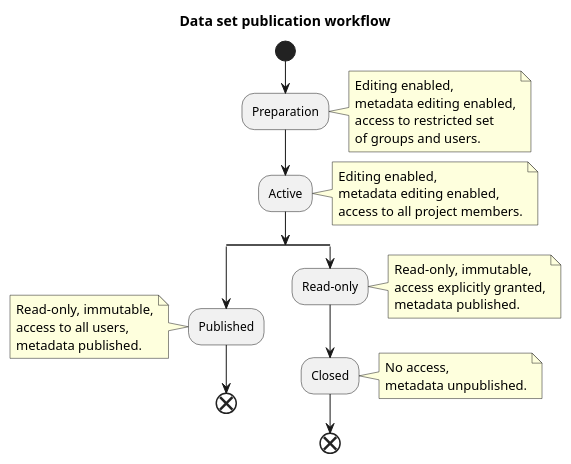
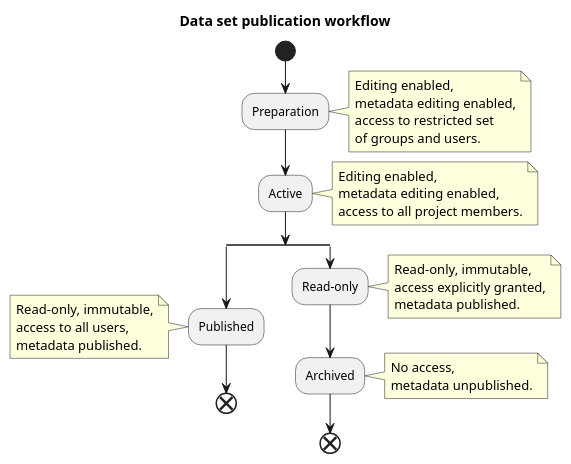
The diagram in docs/images/diagrams/Publication workflow.puml (thehyve/fairspace), drawn with PlantUML before and after one commit. The commit also changed 8 other files, not shown here.

Commit message:
Change collection status name from "Closed" to "Archived".

```diff
--- a/docs/images/diagrams/Publication workflow.puml
+++ b/docs/images/diagrams/Publication workflow.puml
@@ -1,41 +1,41 @@
 @startuml Publication workflow
 
 title Data set publication workflow
 
 start
 :Preparation;
 note right
     Editing enabled,
     metadata editing enabled,
     access to restricted set
     of groups and users.
 end note
 :Active;
 note right
     Editing enabled,
     metadata editing enabled,
     access to all project members.
 end note
 split
     :Published;
     note left
         Read-only, immutable,
         access to all users,
         metadata published.
     end note
     end
 split again
     :Read-only;
     note right
         Read-only, immutable,
         access explicitly granted,
         metadata published.
     end note
-    :Closed;
+    :Archived;
     note right
         No access,
         metadata unpublished.
     end note
     end
 end split
 @enduml
```
